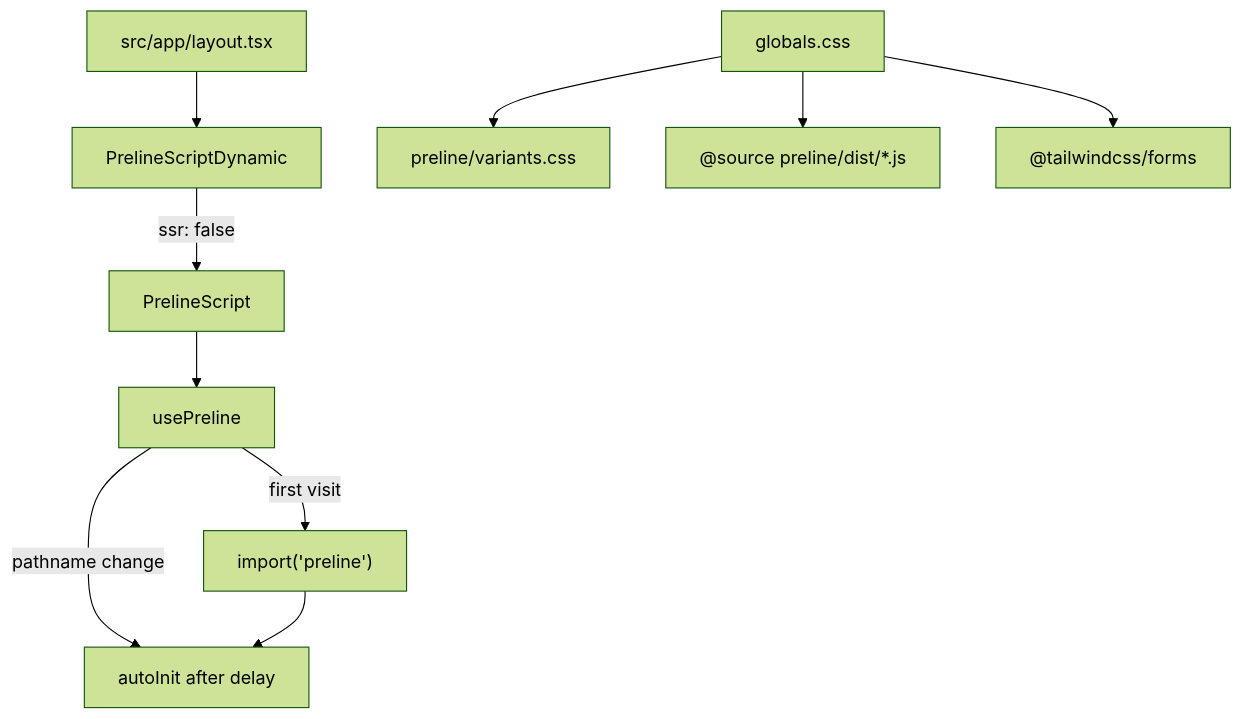
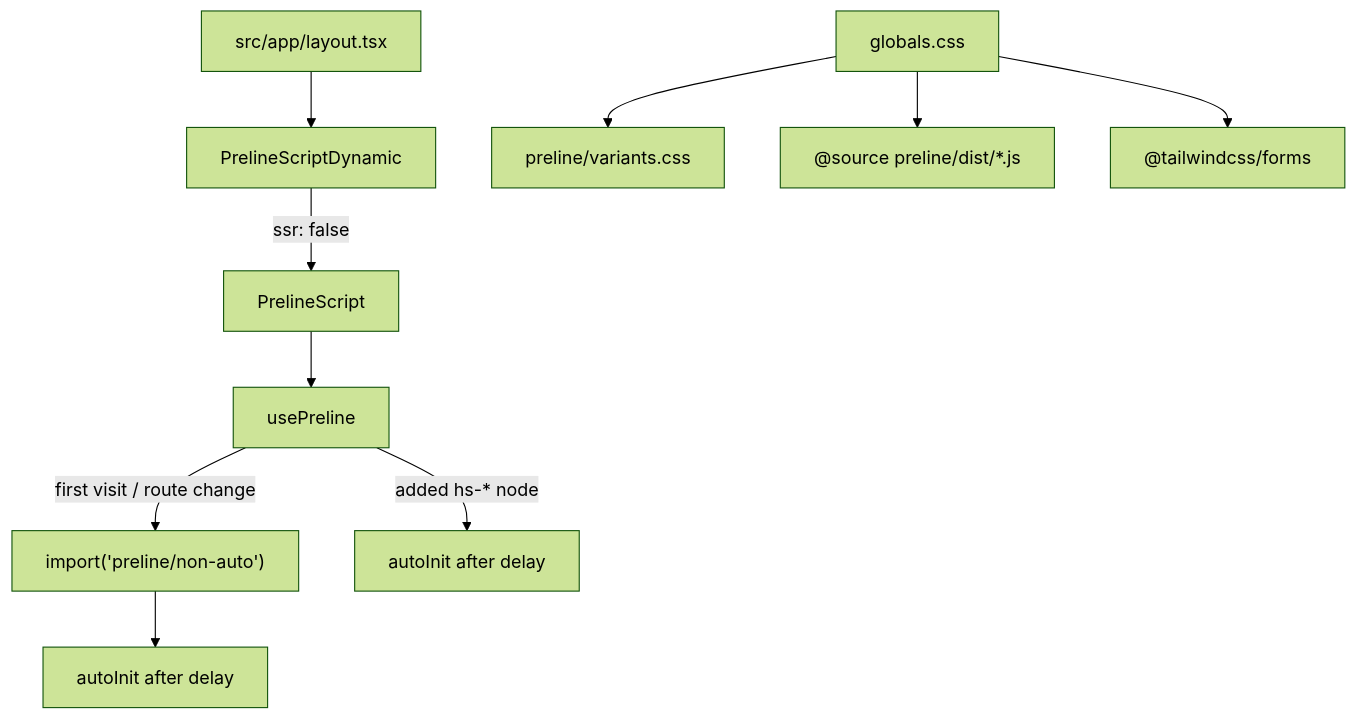
One commit to brandon-cercedo/root-next-template changed the diagram in docs/preline-ui.md. Above: the diagram before and after it, drawn with Mermaid (forest theme). The commit also changed other lines of this file and 7 other files, not shown here.

First line of the commit message:
fix(RNT-27): initialize Preline via non-auto entry (#18)

````diff
--- a/docs/preline-ui.md
+++ b/docs/preline-ui.md
@@ -32,12 +36,12 @@
 ```mermaid
 flowchart TD
   Layout["src/app/layout.tsx"] --> Script["PrelineScriptDynamic"]
   Script -->|ssr: false| PrelineScript["PrelineScript"]
   PrelineScript --> Hook["usePreline"]
-  Hook -->|first visit| Import["import('preline')"]
-  Hook -->|pathname change| Init["autoInit after delay"]
-  Import --> Init
+  Hook -->|first visit / route change| Import["import('preline/non-auto')"]
+  Import --> PathInit["autoInit after delay"]
+  Hook -->|added hs-* node| Observer["autoInit after delay"]
   CSS["globals.css"] --> Variants["preline/variants.css"]
   CSS --> Source["@source preline/dist/*.js"]
   CSS --> Forms["@tailwindcss/forms"]
 ```
````
